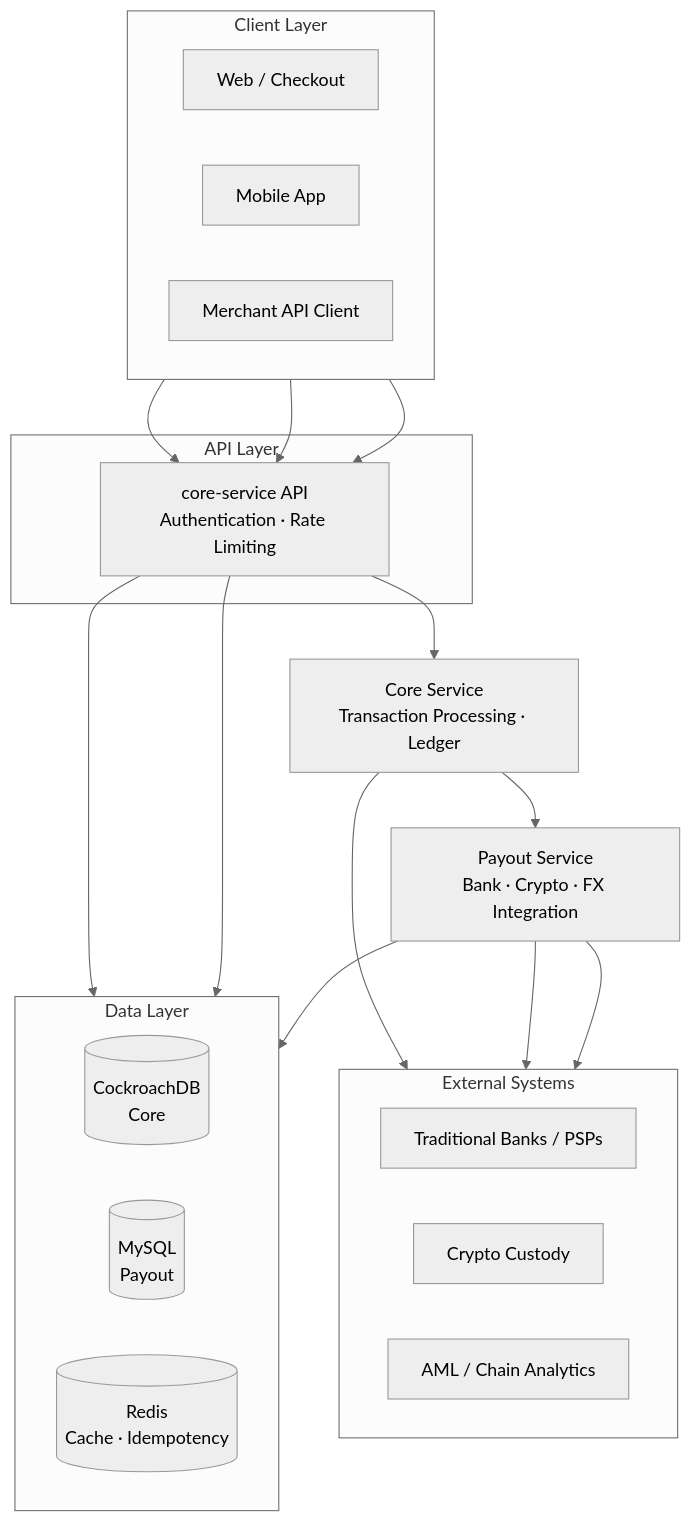
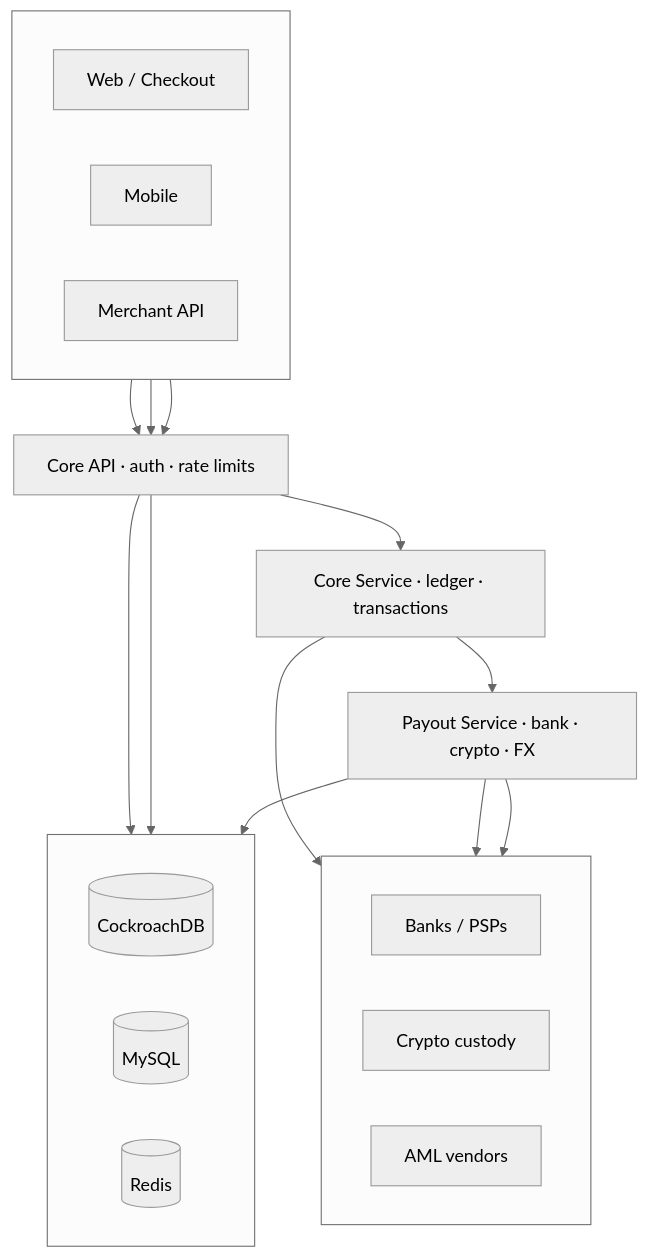
Before and after one commit to Aibier/Aibier: the diagram in README.md, drawn with Mermaid (neutral theme). The commit also changed other lines of this file, not shown here.

````diff
--- a/README.md
+++ b/README.md
@@ -162,42 +84,39 @@
 ```mermaid
 flowchart TB
-  subgraph CL["Client Layer"]
+  subgraph clients[" "]
     direction LR
-    WEB["Web / Checkout"]
-    MOB["Mobile App"]
-    API_C["Merchant API Client"]
+    A[Web / Checkout]
+    B[Mobile]
+    C[Merchant API]
   end
 
-  subgraph AL["API Layer"]
-    GW["core-service API<br/>Authentication · Rate Limiting"]
+  API[Core API · auth · rate limits]
+  CORE[Core Service · ledger · transactions]
+  PAY[Payout Service · bank · crypto · FX]
+
+  subgraph external[" "]
+    direction LR
+    D[Banks / PSPs]
+    E[Crypto custody]
+    F[AML vendors]
   end
 
-  CORE["Core Service<br/>Transaction Processing · Ledger"]
-  PAY["Payout Service<br/>Bank · Crypto · FX Integration"]
-
-  subgraph EXT["External Systems"]
+  subgraph data[" "]
     direction LR
-    BANK["Traditional Banks / PSPs"]
-    CRY["Crypto Custody"]
-    AMLV["AML / Chain Analytics"]
+    G[(CockroachDB)]
+    H[(MySQL)]
+    I[(Redis)]
   end
 
-  subgraph DL["Data Layer"]
-    direction LR
-    CRDB[("CockroachDB<br/>Core")]
-    MY[("MySQL<br/>Payout")]
-    RD[("Redis<br/>Cache · Idempotency")]
-  end
-
-  WEB --> GW
-  MOB --> GW
-  API_C --> GW
-  GW --> CORE
+  A --> API
+  B --> API
+  C --> API
+  API --> CORE
   CORE --> PAY
-  CORE --> AMLV
-  PAY --> BANK
-  PAY --> CRY
-  GW --> CRDB
-  GW --> RD
-  PAY --> MY
+  CORE --> F
+  PAY --> D
+  PAY --> E
+  API --> G
+  API --> I
+  PAY --> H
 ```
````
